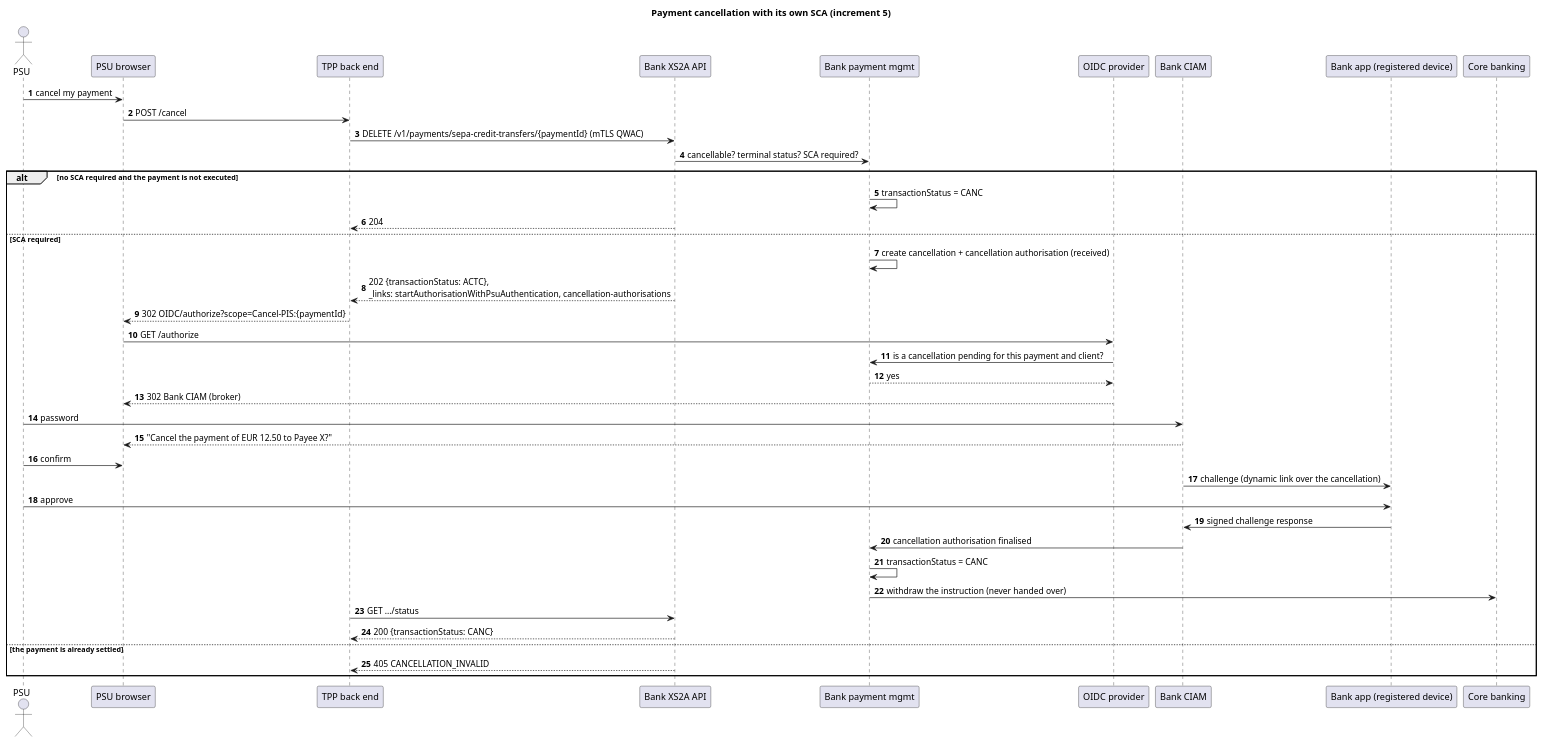
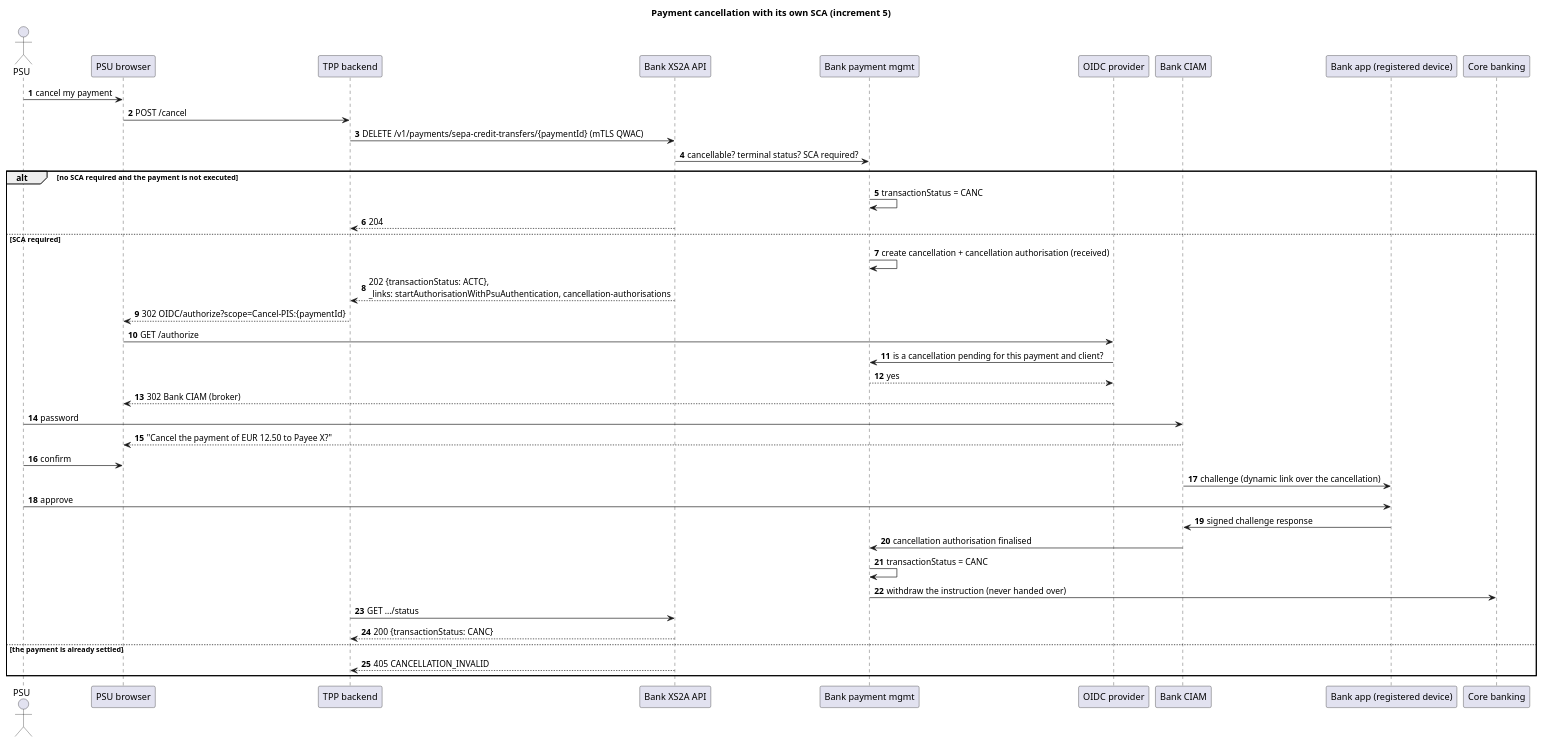
Before and after one commit to vondacho/psd2-sandbox: the diagram in docs/design/puml/13-seq-payment-cancellation.puml, drawn with PlantUML. The commit also changed 139 other files, not shown here.

```diff
--- a/docs/design/puml/13-seq-payment-cancellation.puml
+++ b/docs/design/puml/13-seq-payment-cancellation.puml
@@ -1,44 +1,44 @@
 @startuml 13-seq-payment-cancellation
 title Payment cancellation with its own SCA (increment 5)
 autonumber
 actor PSU
 participant "PSU browser" as Br
-participant "TPP back end" as TPP
+participant "TPP backend" as TPP
 participant "Bank XS2A API" as XS2A
 participant "Bank payment mgmt" as PM
 participant "OIDC provider" as OIDC
 participant "Bank CIAM" as CIAM
 participant "Bank app (registered device)" as App
 participant "Core banking" as Core
 
 PSU -> Br : cancel my payment
 Br -> TPP : POST /cancel
 TPP -> XS2A : DELETE /v1/payments/sepa-credit-transfers/{paymentId} (mTLS QWAC)
 XS2A -> PM : cancellable? terminal status? SCA required?
 
 alt no SCA required and the payment is not executed
   PM -> PM : transactionStatus = CANC
   XS2A --> TPP : 204
 else SCA required
   PM -> PM : create cancellation + cancellation authorisation (received)
   XS2A --> TPP : 202 {transactionStatus: ACTC},\n_links: startAuthorisationWithPsuAuthentication, cancellation-authorisations
   TPP --> Br : 302 OIDC/authorize?scope=Cancel-PIS:{paymentId}
   Br -> OIDC : GET /authorize
   OIDC -> PM : is a cancellation pending for this payment and client?
   PM --> OIDC : yes
   OIDC --> Br : 302 Bank CIAM (broker)
   PSU -> CIAM : password
   CIAM --> Br : "Cancel the payment of EUR 12.50 to Payee X?"
   PSU -> Br : confirm
   CIAM -> App : challenge (dynamic link over the cancellation)
   PSU -> App : approve
   App -> CIAM : signed challenge response
   CIAM -> PM : cancellation authorisation finalised
   PM -> PM : transactionStatus = CANC
   PM -> Core : withdraw the instruction (never handed over)
   TPP -> XS2A : GET .../status
   XS2A --> TPP : 200 {transactionStatus: CANC}
 else the payment is already settled
   XS2A --> TPP : 405 CANCELLATION_INVALID
 end
 @enduml
```
